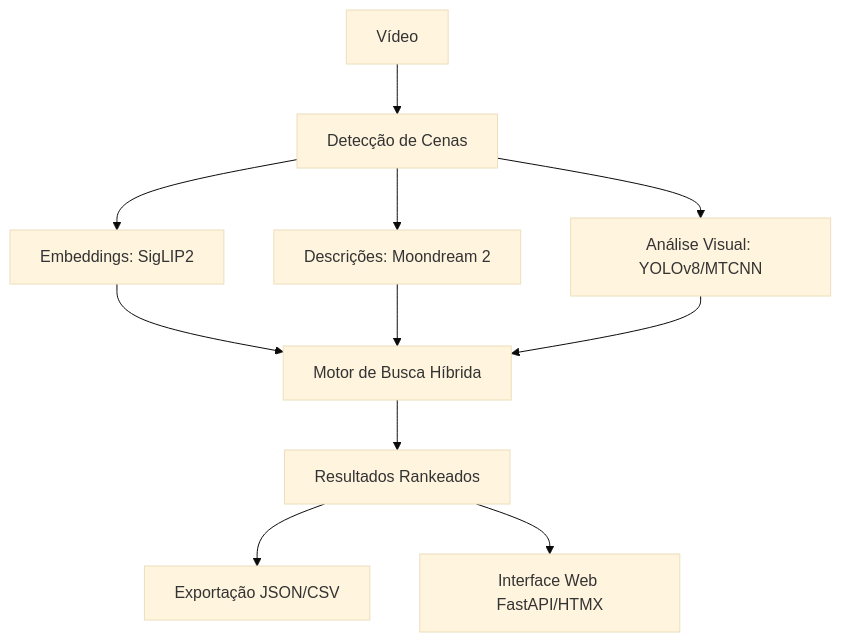
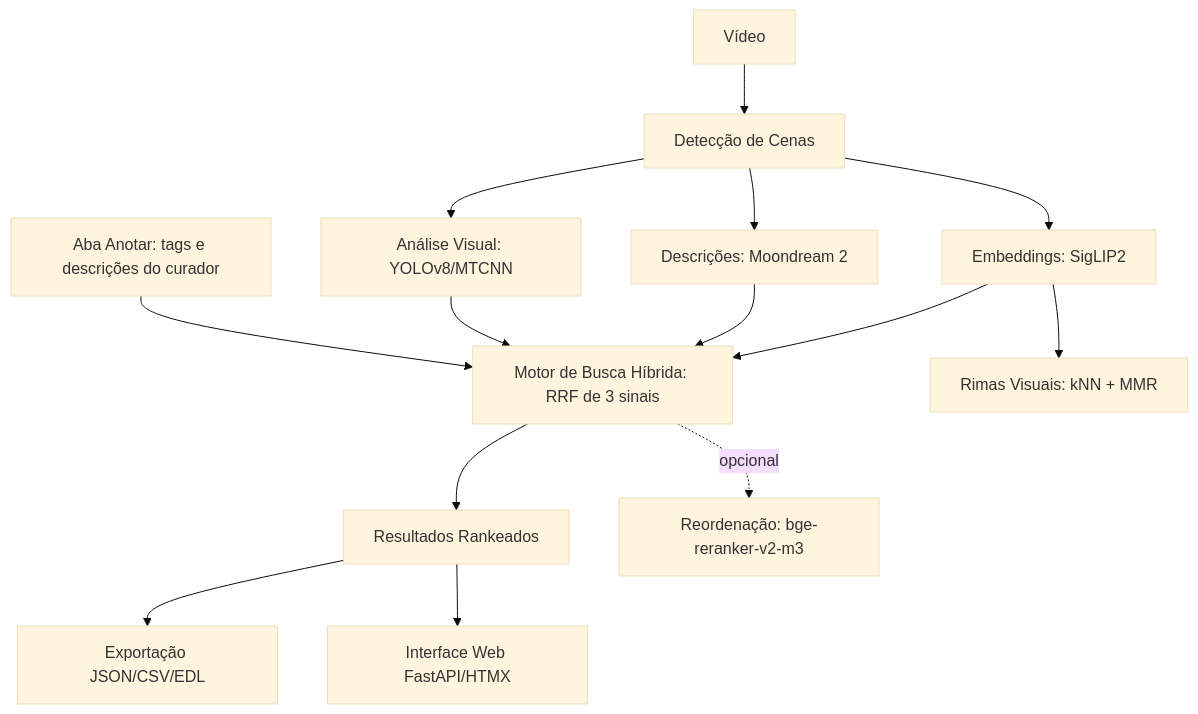
Before and after one commit to guto-mojica/kuaa: the diagram in README.md, drawn with Mermaid (base theme). The commit also changed other lines of this file and 17 other files, not shown here.

````diff
--- a/README.md
+++ b/README.md
@@ -109,11 +117,14 @@
 ```mermaid
 flowchart TD
     V[Vídeo] --> SC[Detecção de Cenas]
     SC --> VIS[Análise Visual: YOLOv8/MTCNN]
     SC --> EMB[Embeddings: SigLIP2]
     SC --> LLM[Descrições: Moondream 2]
-    EMB & LLM & VIS --> RET[Motor de Busca Híbrida]
+    EMB & LLM & VIS --> RET[Motor de Busca Híbrida: RRF de 3 sinais]
+    ANO[Aba Anotar: tags e descrições do curador] --> RET
     RET --> RES[Resultados Rankeados]
-    RES --> EXP[Exportação JSON/CSV]
+    RET -. opcional .-> RR[Reordenação: bge-reranker-v2-m3]
+    RES --> EXP[Exportação JSON/CSV/EDL]
     RES --> UI[Interface Web FastAPI/HTMX]
+    EMB --> RIM[Rimas Visuais: kNN + MMR]
 ```
````
